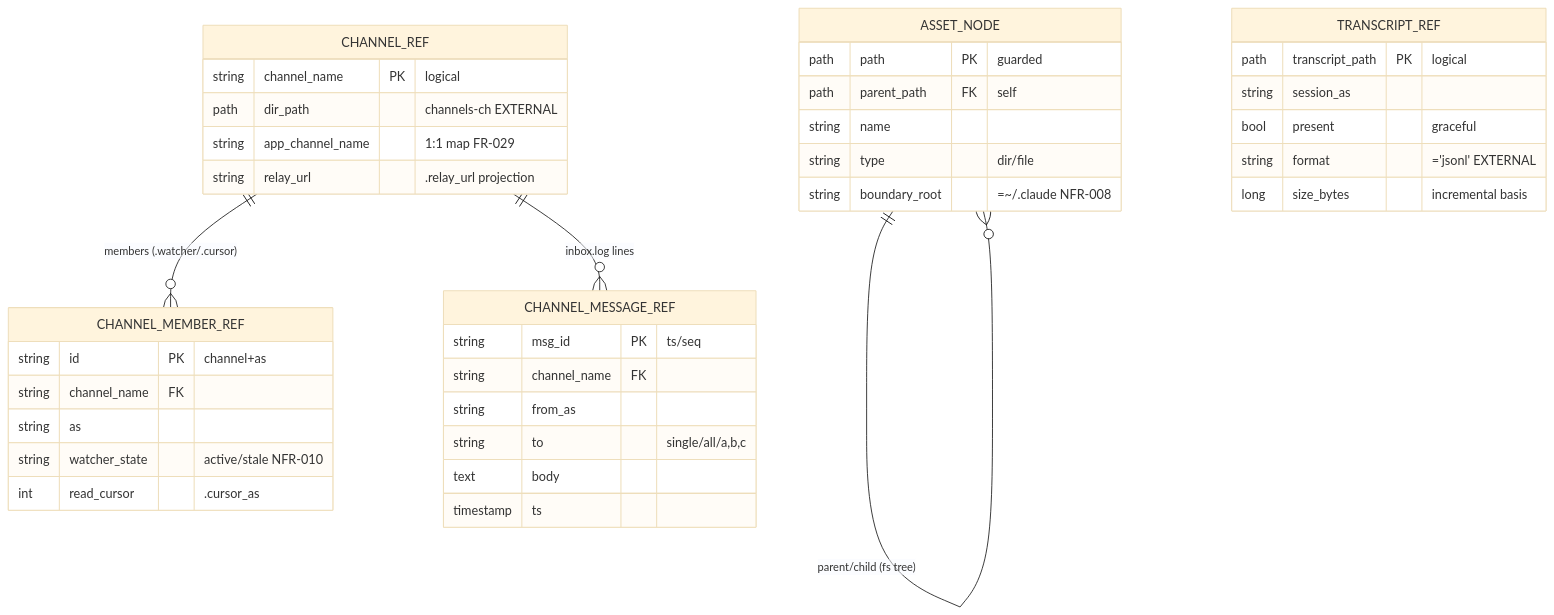
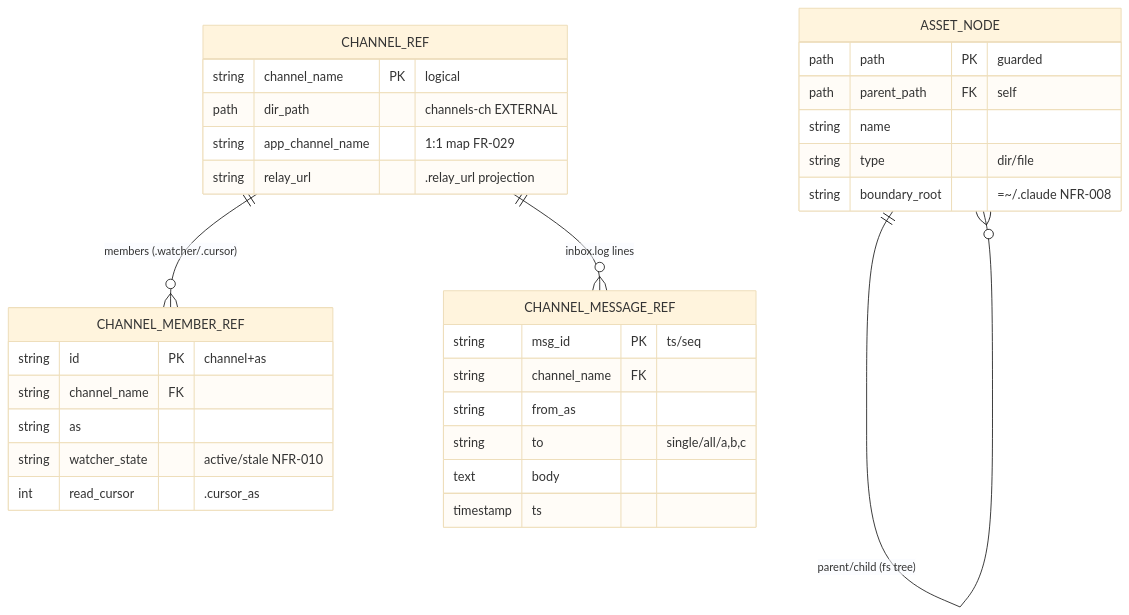
One commit to MAHT1990/control_tower_win changed the third of 3 diagrams in docs/plans/v1.5/09_database.md. Above: the diagram before and after it, drawn with Mermaid (base theme). The commit also changed other lines of this file and 14 other files, not shown here.

````diff
--- a/docs/plans/v1.5/09_database.md
+++ b/docs/plans/v1.5/09_database.md
@@ -254,42 +235,35 @@
 ```mermaid
 erDiagram
     CHANNEL_REF ||--o{ CHANNEL_MEMBER_REF : "members (.watcher/.cursor)"
     CHANNEL_REF ||--o{ CHANNEL_MESSAGE_REF : "inbox.log lines"
     ASSET_NODE ||--o{ ASSET_NODE : "parent/child (fs tree)"
 
     CHANNEL_REF {
         string channel_name PK "logical"
         path dir_path "channels-ch EXTERNAL"
         string app_channel_name "1:1 map FR-029"
         string relay_url ".relay_url projection"
     }
     CHANNEL_MEMBER_REF {
         string id PK "channel+as"
         string channel_name FK
         string as
         string watcher_state "active/stale NFR-010"
         int read_cursor ".cursor_as"
     }
     CHANNEL_MESSAGE_REF {
         string msg_id PK "ts/seq"
         string channel_name FK
         string from_as
         string to "single/all/a,b,c"
         text body
         timestamp ts
     }
-    TRANSCRIPT_REF {
-        path transcript_path PK "logical"
-        string session_as
-        bool present "graceful"
-        string format "='jsonl' EXTERNAL"
-        long size_bytes "incremental basis"
-    }
     ASSET_NODE {
         path path PK "guarded"
         path parent_path FK "self"
         string name
         string type "dir/file"
         string boundary_root "=~/.claude NFR-008"
     }
 ```
````
